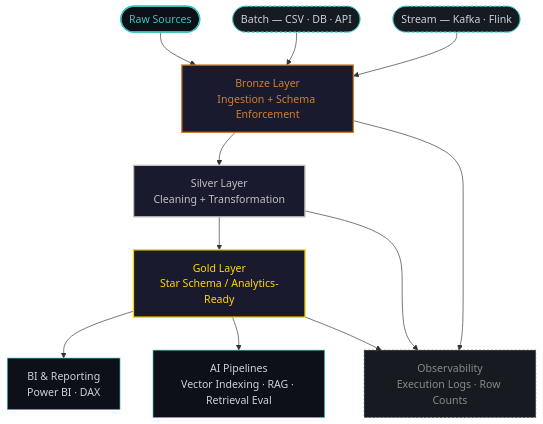
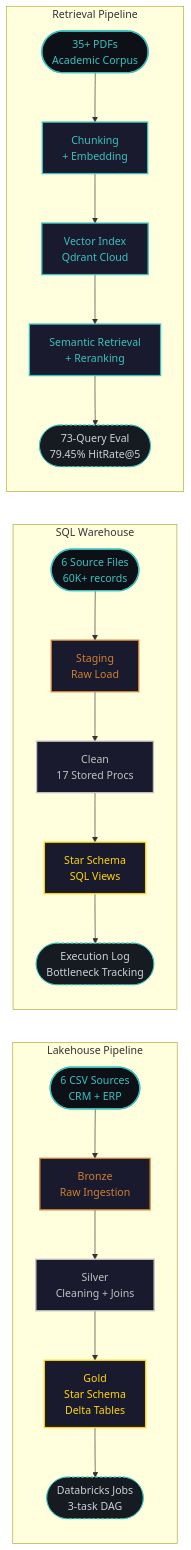
The diagram in README.md (MoTahaAboHeiba/MoTahaAboHeiba), drawn with Mermaid before and after one commit. The commit also changed other lines of this file, not shown here.

````diff
--- a/README.md
+++ b/README.md
@@ -34,24 +36,30 @@
 ```mermaid
-graph TD
-    A([Raw Sources]):::source --> B[Bronze Layer\nIngestion + Schema Enforcement]:::bronze
-    B --> C[Silver Layer\nCleaning + Transformation]:::silver
-    C --> D[Gold Layer\nStar Schema / Analytics-Ready]:::gold
+graph LR
+    subgraph LAKEHOUSE ["Lakehouse Pipeline"]
+        L1([6 CSV Sources\nCRM + ERP]):::source --> L2[Bronze\nRaw Ingestion]:::bronze
+        L2 --> L3[Silver\nCleaning + Joins]:::silver
+        L3 --> L4[Gold\nStar Schema\nDelta Tables]:::gold
+        L4 --> L5([Databricks Jobs\n3-task DAG]):::consumer
+    end
 
-    D --> E[BI & Reporting\nPower BI · DAX]:::consumer
-    D --> F[AI Pipelines\nVector Indexing · RAG · Retrieval Eval]:::consumer
+    subgraph WAREHOUSE ["SQL Warehouse"]
+        W1([6 Source Files\n60K+ records]):::source --> W2[Staging\nRaw Load]:::bronze
+        W2 --> W3[Clean\n17 Stored Procs]:::silver
+        W3 --> W4[Star Schema\nSQL Views]:::gold
+        W4 --> W5([Execution Log\nBottleneck Tracking]):::consumer
+    end
 
-    G([Batch — CSV · DB · API]):::ingest --> B
-    H([Stream — Kafka · Flink]):::ingest --> B
-
-    B --> I[Observability\nExecution Logs · Row Counts]:::obs
-    C --> I
-    D --> I
+    subgraph RAG ["Retrieval Pipeline"]
+        R1([35+ PDFs\nAcademic Corpus]):::source --> R2[Chunking\n+ Embedding]:::process
+        R2 --> R3[Vector Index\nQdrant Cloud]:::process
+        R3 --> R4[Semantic Retrieval\n+ Reranking]:::process
+        R4 --> R5([73-Query Eval\n79.45% HitRate@5]):::consumer
+    end
 
     classDef source fill:#0d1117,stroke:#38C2BF,color:#38C2BF,stroke-width:2px
-    classDef ingest fill:#161b22,stroke:#38C2BF,color:#c9d1d9,stroke-width:1px,stroke-dasharray:4 3
     classDef bronze fill:#1a1a2e,stroke:#CD7F32,color:#CD7F32,stroke-width:2px
     classDef silver fill:#1a1a2e,stroke:#C0C0C0,color:#C0C0C0,stroke-width:2px
     classDef gold fill:#1a1a2e,stroke:#FFD700,color:#FFD700,stroke-width:2px
-    classDef consumer fill:#0d1117,stroke:#38C2BF,color:#c9d1d9,stroke-width:1px
-    classDef obs fill:#161b22,stroke:#444,color:#888,stroke-width:1px,stroke-dasharray:3 3
+    classDef process fill:#1a1a2e,stroke:#38C2BF,color:#38C2BF,stroke-width:2px
+    classDef consumer fill:#161b22,stroke:#38C2BF,color:#c9d1d9,stroke-width:1px,stroke-dasharray:4 3
 ```
````
